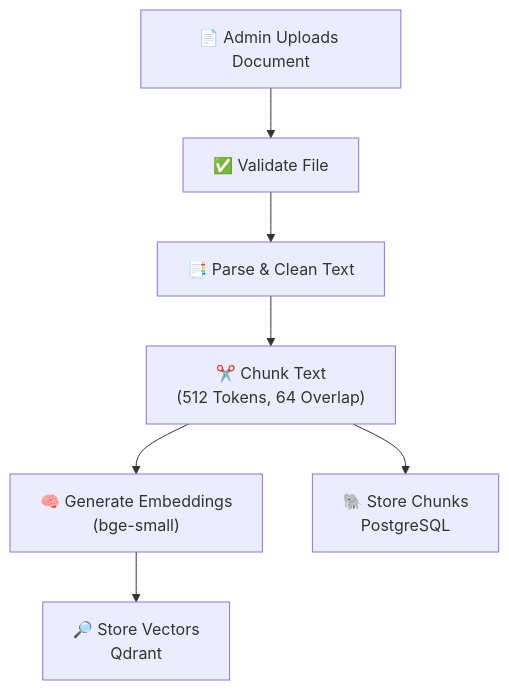
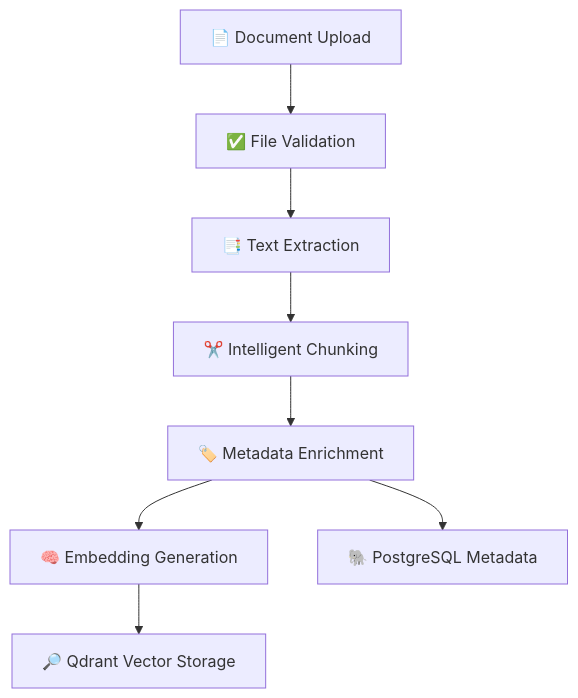
Diagram 17 of 30 in support_ai_project_architecture.md (Prithunandananks/SupportAI), drawn with Mermaid before and after one commit. The commit also changed other lines of this file, not shown here.

````diff
--- a/support_ai_project_architecture.md
+++ b/support_ai_project_architecture.md
@@ -751,27 +2106,33 @@
 ```mermaid
 flowchart TB
 
-Upload["📄 Admin Uploads Document"]
+Upload["📄 Document Upload"]
 
-Validate["✅ Validate File"]
+Validate["✅ File Validation"]
 
-Parse["📑 Parse & Clean Text"]
+Extract["📑 Text Extraction"]
 
-Chunk["✂️ Chunk Text<br/>(512 Tokens, 64 Overlap)"]
+Chunk["✂️ Intelligent Chunking"]
 
-Embed["🧠 Generate Embeddings<br/>(bge-small)"]
+Metadata["🏷️ Metadata Enrichment"]
 
-Postgres["🐘 Store Chunks<br/>PostgreSQL"]
+Embed["🧠 Embedding Generation"]
 
-Qdrant["🔎 Store Vectors<br/>Qdrant"]
+Qdrant["🔎 Qdrant Vector Storage"]
+
+Postgres["🐘 PostgreSQL Metadata"]
 
 Upload --> Validate
-Validate --> Parse
-Parse --> Chunk
 
-Chunk --> Embed
+Validate --> Extract
 
-Chunk --> Postgres
+Extract --> Chunk
+
+Chunk --> Metadata
+
+Metadata --> Embed
 
 Embed --> Qdrant
+
+Metadata --> Postgres
 ```
````
